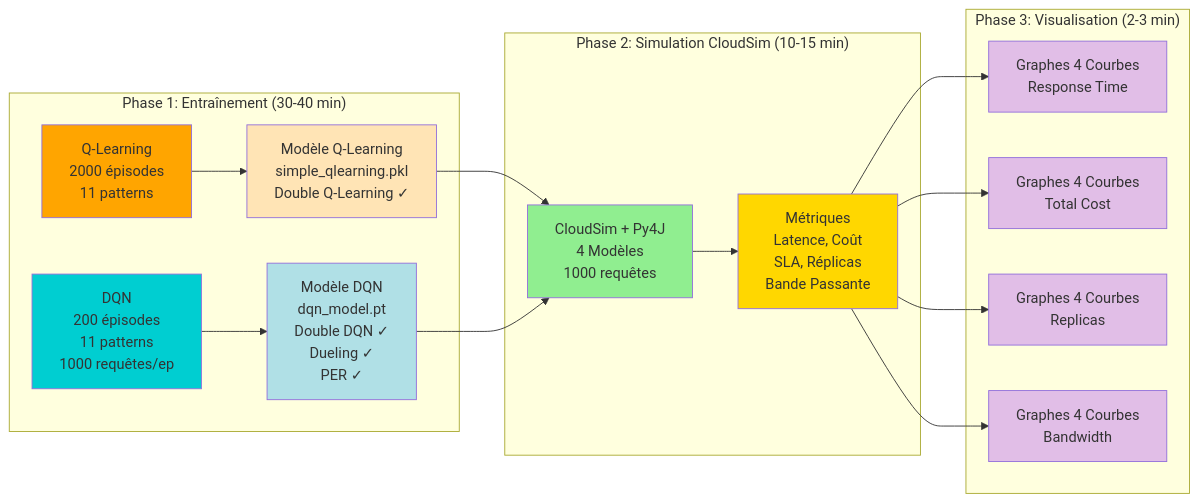
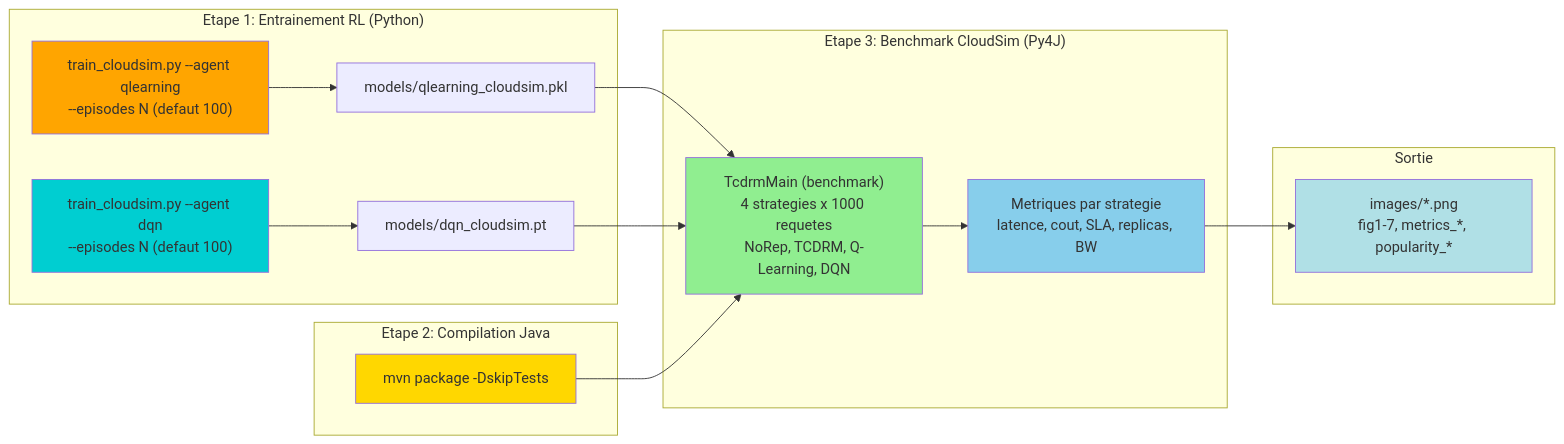
One commit to valdoth/tcdm-adaptive changed the third of 10 diagrams in docs/workflow_diagrams_2024.md. Above: the diagram before and after it, drawn with Mermaid. The commit also changed other lines of this file and 84 other files, not shown here.

````diff
--- a/docs/workflow_diagrams_2024.md
+++ b/docs/workflow_diagrams_2024.md
@@ -116,35 +128,32 @@
 ```mermaid
 graph LR
-    subgraph "Phase 1: Entraînement (30-40 min)"
-        T1[Q-Learning<br/>2000 épisodes<br/>11 patterns]
-        T2[DQN<br/>200 épisodes<br/>11 patterns<br/>1000 requêtes/ep]
-        
-        T1 --> M1[Modèle Q-Learning<br/>simple_qlearning.pkl<br/>Double Q-Learning ✓]
-        T2 --> M2[Modèle DQN<br/>dqn_model.pt<br/>Double DQN ✓<br/>Dueling ✓<br/>PER ✓]
+    subgraph "Etape 1: Entrainement RL (Python)"
+        T1["train_cloudsim.py --agent qlearning<br/>--episodes N (defaut 100)"]
+        T2["train_cloudsim.py --agent dqn<br/>--episodes N (defaut 100)"]
+        T1 --> M1["models/qlearning_cloudsim.pkl"]
+        T2 --> M2["models/dqn_cloudsim.pt"]
     end
-    
-    subgraph "Phase 2: Simulation CloudSim (10-15 min)"
-        M1 --> SIM[CloudSim + Py4J<br/>4 Modèles<br/>1000 requêtes]
+
+    subgraph "Etape 2: Compilation Java"
+        C1["mvn package -DskipTests"]
+    end
+
+    subgraph "Etape 3: Benchmark CloudSim (Py4J)"
+        SIM["TcdrmMain (benchmark)<br/>4 strategies x 1000 requetes<br/>NoRep, TCDRM, Q-Learning, DQN"]
+        M1 --> SIM
         M2 --> SIM
-        
-        SIM --> METRICS[Métriques<br/>Latence, Coût<br/>SLA, Réplicas<br/>Bande Passante]
+        C1 --> SIM
+        SIM --> METRICS["Metriques par strategie<br/>latence, cout, SLA, replicas, BW"]
     end
-    
-    subgraph "Phase 3: Visualisation (2-3 min)"
-        METRICS --> G1[Graphes 4 Courbes<br/>Response Time]
-        METRICS --> G2[Graphes 4 Courbes<br/>Total Cost]
-        METRICS --> G3[Graphes 4 Courbes<br/>Replicas]
-        METRICS --> G4[Graphes 4 Courbes<br/>Bandwidth]
+
+    subgraph "Sortie"
+        METRICS --> G["images/*.png<br/>fig1-7, metrics_*, popularity_*"]
     end
-    
+
     style T1 fill:#FFA500
     style T2 fill:#00CED1
-    style M1 fill:#FFE4B5
-    style M2 fill:#B0E0E6
+    style C1 fill:#FFD700
     style SIM fill:#90EE90
-    style METRICS fill:#FFD700
-    style G1 fill:#E1BEE7
-    style G2 fill:#E1BEE7
-    style G3 fill:#E1BEE7
-    style G4 fill:#E1BEE7
+    style METRICS fill:#87CEEB
+    style G fill:#B0E0E6
 ```
````
